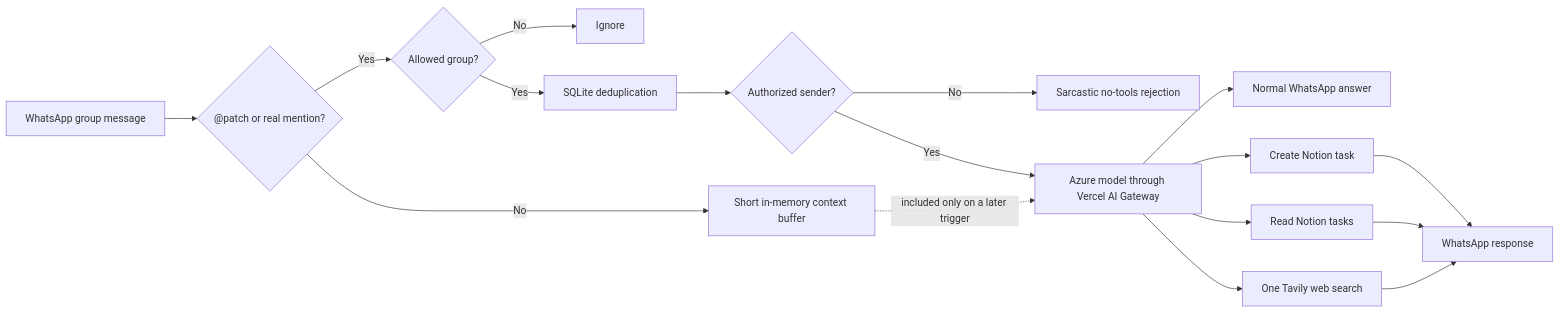
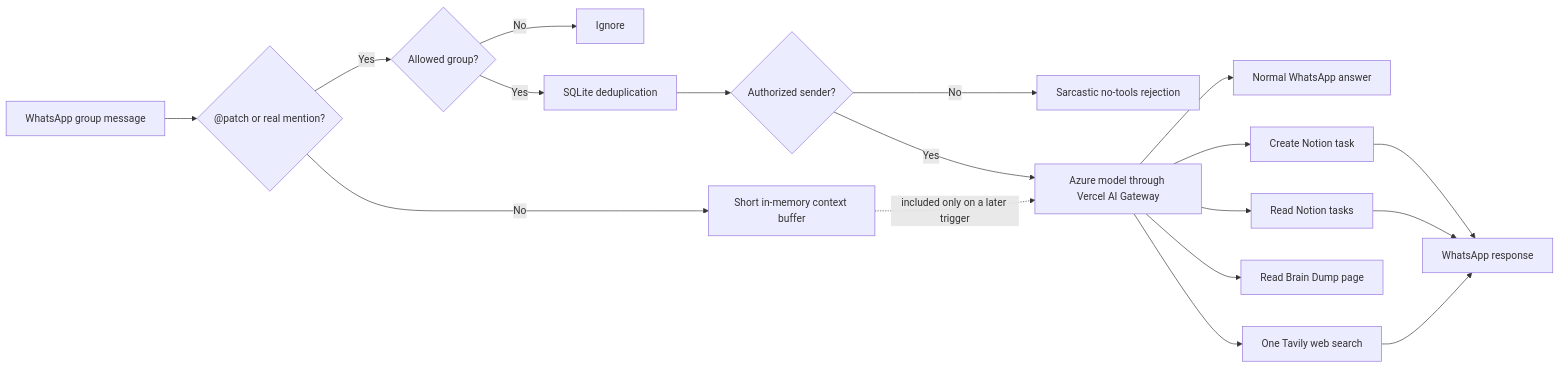
Before and after one commit to sagnik11/dia-whatsapp-bot: the diagram in README.md, drawn with Mermaid. The commit also changed other lines of this file and 9 other files, not shown here.

Commit message:
Add read-only Notion Brain Dump access

````diff
--- a/README.md
+++ b/README.md
@@ -63,19 +64,20 @@
 ```mermaid
 flowchart LR
     W["WhatsApp group message"] --> T{"@patch or real mention?"}
     T -- No --> C["Short in-memory context buffer"]
     T -- Yes --> G{"Allowed group?"}
     G -- No --> X["Ignore"]
     G -- Yes --> D["SQLite deduplication"]
     D --> U{"Authorized sender?"}
     U -- No --> R["Sarcastic no-tools rejection"]
     U -- Yes --> A["Azure model through Vercel AI Gateway"]
     C -.->|included only on a later trigger| A
     A --> Q["Normal WhatsApp answer"]
     A --> N1["Create Notion task"]
     A --> N2["Read Notion tasks"]
+    A --> N3["Read Brain Dump page"]
     A --> S["One Tavily web search"]
     N1 --> O["WhatsApp response"]
     N2 --> O
     S --> O
 ```
````
